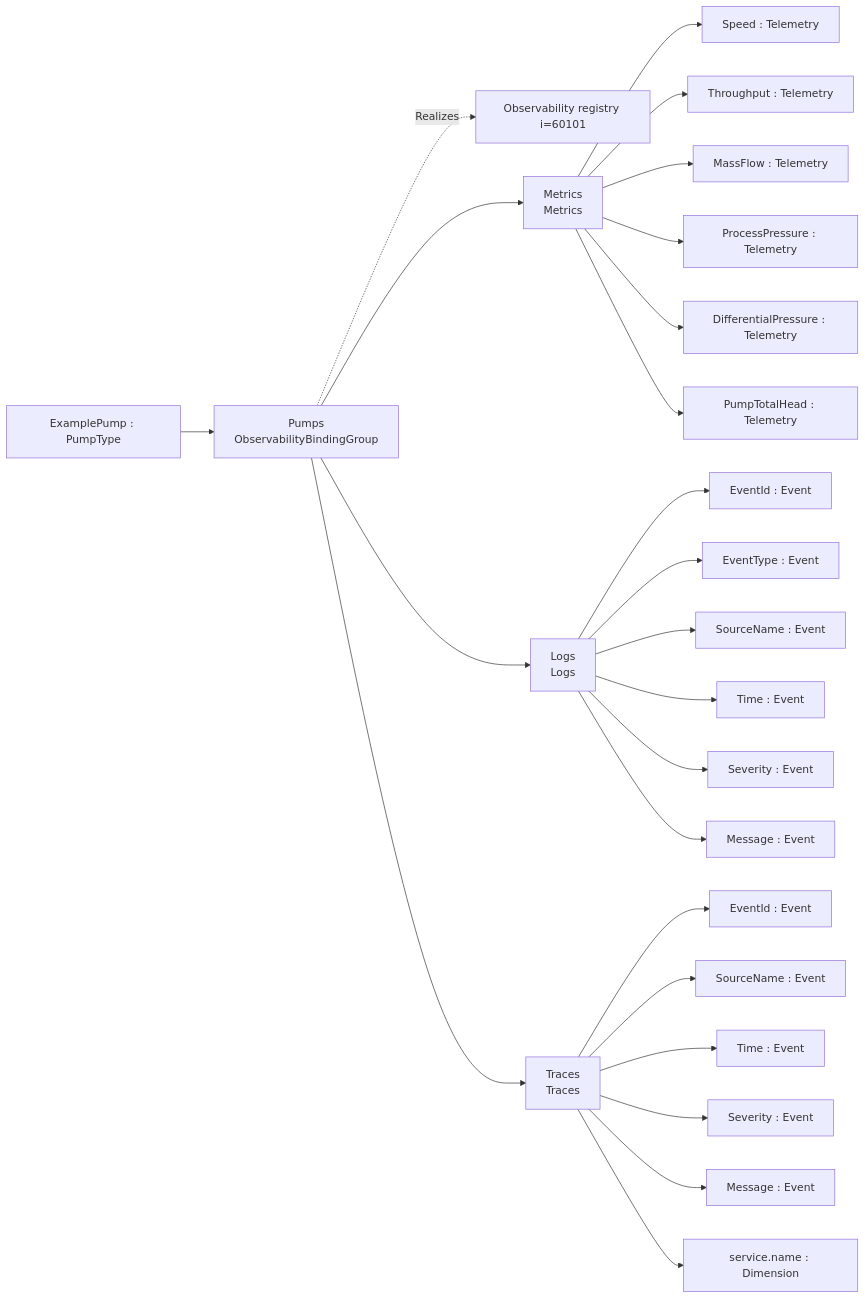
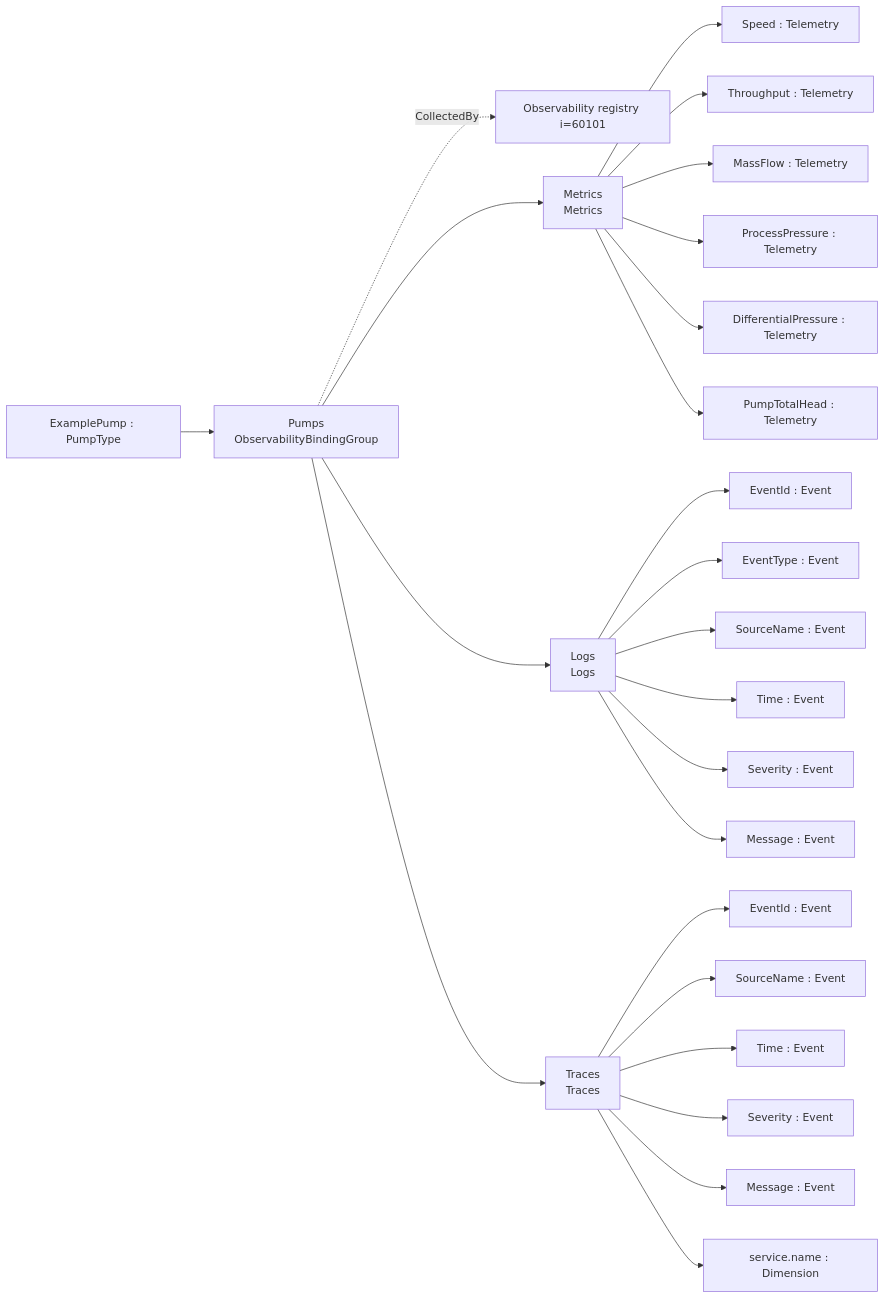
Before and after one commit to marcschier/opcua-drafts: the first of 2 diagrams in core-specs/observability-export/pumps/OPC-UA-Pumps-Observability-Export-Addendum.md, drawn with Mermaid. The commit also changed other lines of this file and 17 other files, not shown here.

````diff
--- a/core-specs/observability-export/pumps/OPC-UA-Pumps-Observability-Export-Addendum.md
+++ b/core-specs/observability-export/pumps/OPC-UA-Pumps-Observability-Export-Addendum.md
@@ -100,27 +100,27 @@
 ```mermaid
 graph LR
   ROOT["ExamplePump : PumpType"]
   ROOT --> G["Pumps<br/>ObservabilityBindingGroup"]
-  G -.Realizes.-> O["Observability registry i=60101"]
+  G -.CollectedBy.-> O["Observability registry i=60101"]
   G --> S0["Metrics<br/>Metrics"]
   S0 --> S0_0["Speed : Telemetry"]
   S0 --> S0_1["Throughput : Telemetry"]
   S0 --> S0_2["MassFlow : Telemetry"]
   S0 --> S0_3["ProcessPressure : Telemetry"]
   S0 --> S0_4["DifferentialPressure : Telemetry"]
   S0 --> S0_5["PumpTotalHead : Telemetry"]
   G --> S1["Logs<br/>Logs"]
   S1 --> S1_0["EventId : Event"]
   S1 --> S1_1["EventType : Event"]
   S1 --> S1_2["SourceName : Event"]
   S1 --> S1_3["Time : Event"]
   S1 --> S1_4["Severity : Event"]
   S1 --> S1_5["Message : Event"]
   G --> S2["Traces<br/>Traces"]
   S2 --> S2_0["EventId : Event"]
   S2 --> S2_1["SourceName : Event"]
   S2 --> S2_2["Time : Event"]
   S2 --> S2_3["Severity : Event"]
   S2 --> S2_4["Message : Event"]
   S2 --> S2_5["service.name : Dimension"]
 ```
````
